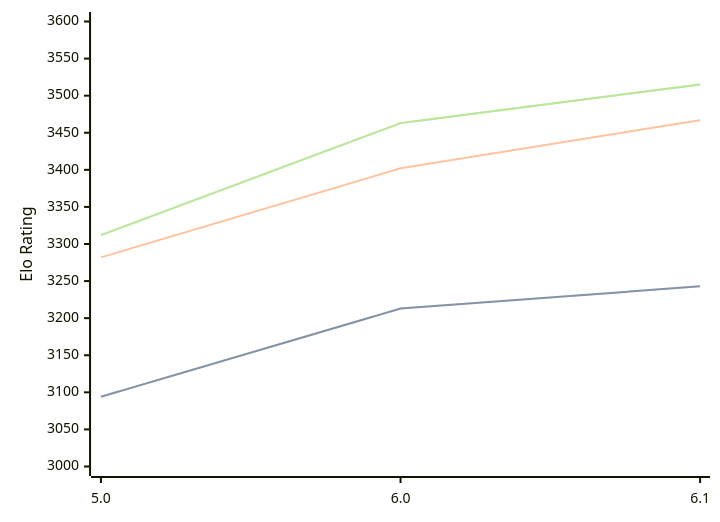
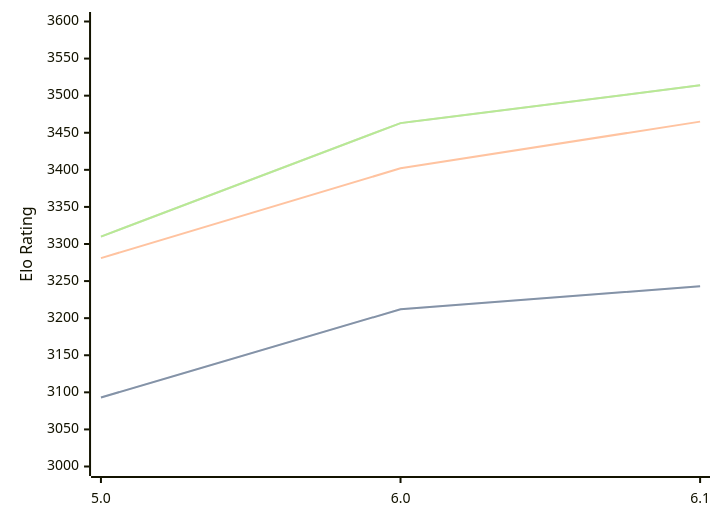
Before and after one commit to computer-chess-index/cci: the diagram in engines/PZChessBot.md, drawn with Mermaid. The commit also changed other lines of this file, not shown here.

Commit message:
Update CCI Ratings (ELO VLTC) - 2026-03-04

````diff
--- a/engines/PZChessBot.md
+++ b/engines/PZChessBot.md
@@ -40,11 +40,11 @@
 ```mermaid
 %%{init: {"theme":"base","themeVariables":{"seriesColors:['#a3a3a3','#222221','#faa371']}}}%%
 xychart-beta
   x-axis ["5.0", "6.0", "6.1"]
   y-axis "Elo Rating" 3000 --> 3600
-  line "STC (8.0+0.08s)" [3094, 3213, 3243]
-  line "STC (8.0+0.08s)" [3094, 3213, 3243]
-  line "LTC (60.0+0.60s)" [3282, 3402, 3467]
-  line "VLTC (2m24s+1.12s)" [3312, 3463, 3515]
-  line "VLTC (2m24s+1.12s)" [3312, 3463, 3515]
+  line "STC (8.0+0.08s)" [3093, 3212, 3243]
+  line "STC (8.0+0.08s)" [3093, 3212, 3243]
+  line "LTC (60.0+0.60s)" [3281, 3402, 3465]
+  line "VLTC (2m24s+1.12s)" [3310, 3463, 3514]
+  line "VLTC (2m24s+1.12s)" [3310, 3463, 3514]
 ```
````
